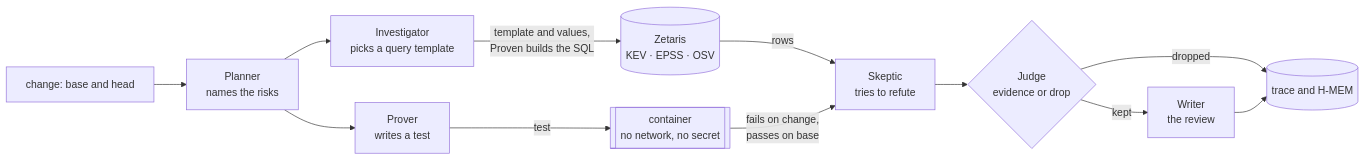
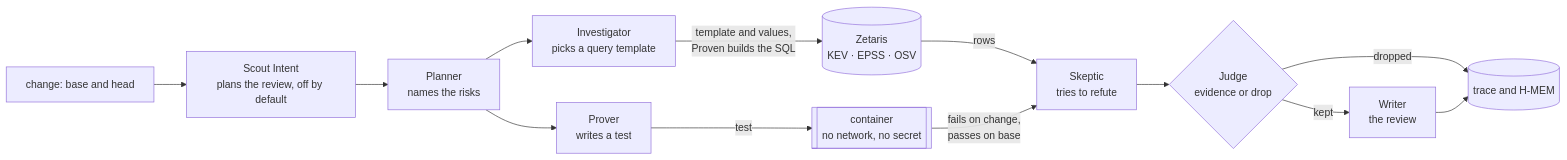
Before and after one commit to saphan-ai/proven: the diagram in docs/ARCHITECTURE.md, drawn with Mermaid. The commit also changed other lines of this file and 2 other files, not shown here.

First line of the commit message:
[scout-intent-picks-the-plan] docs: Scout Intent in README and design

````diff
--- a/docs/ARCHITECTURE.md
+++ b/docs/ARCHITECTURE.md
@@ -8,14 +8,15 @@
 ```mermaid
 flowchart LR
-    C[change: base and head] --> P[Planner<br/>names the risks]
+    C[change: base and head] --> SI[Scout Intent<br/>plans the review, off by default]
+    SI --> P[Planner<br/>names the risks]
     P --> I[Investigator<br/>picks a query template]
     P --> V[Prover<br/>writes a test]
     I -->|template and values,<br/>Proven builds the SQL| Z[(Zetaris<br/>KEV · EPSS · OSV)]
     V -->|test| K[[container<br/>no network, no secret]]
     Z -->|rows| S[Skeptic<br/>tries to refute]
     K -->|fails on change,<br/>passes on base| S
     S --> J{Judge<br/>evidence or drop}
     J -->|kept| W[Writer<br/>the review]
     J -->|dropped| T[(trace and H-MEM)]
     W --> T
 ```
````
